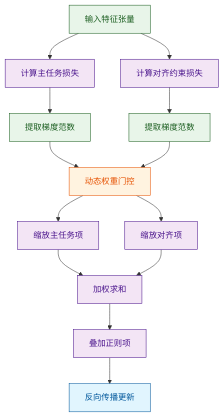
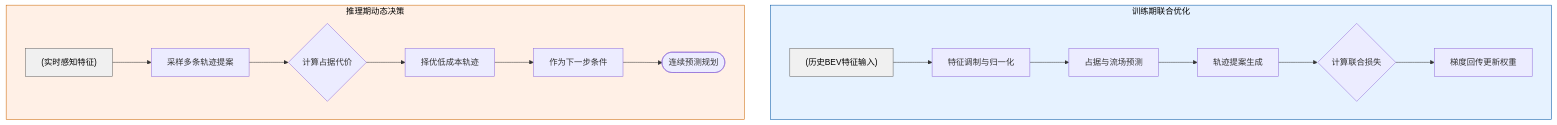
Before and after one commit to ShinewineW/paper-rolling: the fourth of 10 diagrams in person_vault/2026-06-12_DrivingInTheOccupancyWorldVisionCentric4_2408.14197/report.md, drawn with Mermaid. The commit also changed other lines of this file and 51 other files, not shown here.

````diff
--- a/person_vault/2026-06-12_DrivingInTheOccupancyWorldVisionCentric4_2408.14197/report.md
+++ b/person_vault/2026-06-12_DrivingInTheOccupancyWorldVisionCentric4_2408.14197/report.md
@@ -200,20 +241,26 @@
 ```mermaid
-flowchart TD
-    classDef start fill:#e1f5fe,stroke:#01579b,color:#01579b
-    classDef proc fill:#f3e5f5,stroke:#4a148c,color:#4a148c
-    classDef data fill:#e8f5e9,stroke:#1b5e20,color:#1b5e20
-    classDef gate fill:#fff3e0,stroke:#e65100,color:#e65100
+flowchart TB
+    classDef train fill:#e6f2ff,stroke:#0055a4,color:#000;
+    classDef infer fill:#fff0e6,stroke:#cc6600,color:#000;
+    classDef data fill:#f0f0f0,stroke:#666,color:#000;
 
-    input_data["输入特征张量"]:::data --> compute_task["计算主任务损失"]:::proc
-    input_data --> compute_align["计算对齐约束损失"]:::proc
-    compute_task --> grad_norm_task["提取梯度范数"]:::data
-    compute_align --> grad_norm_align["提取梯度范数"]:::data
-    grad_norm_task --> weight_gate["动态权重门控"]:::gate
-    grad_norm_align --> weight_gate
-    weight_gate --> scale_alpha["缩放主任务项"]:::proc
-    weight_gate --> scale_beta["缩放对齐项"]:::proc
-    scale_alpha --> sum_losses["加权求和"]:::proc
-    scale_beta --> sum_losses
-    sum_losses --> add_reg["叠加正则项"]:::proc
-    add_reg --> backprop["反向传播更新"]:::start
+    subgraph Training_Phase ["训练期联合优化"]
+        hist_feat["(历史BEV特征输入)"] --> modulate["特征调制与归一化"]
+        modulate --> occ_pred["占据与流场预测"]
+        occ_pred --> traj_pred["轨迹提案生成"]
+        traj_pred --> calc_loss{计算联合损失}
+        calc_loss --> backprop["梯度回传更新权重"]
+    end
+
+    subgraph Inference_Phase ["推理期动态决策"]
+        live_feat["(实时感知特征)"] --> sample_traj["采样多条轨迹提案"]
+        sample_traj --> occ_cost{计算占据代价}
+        occ_cost --> select_best["择优低成本轨迹"]
+        select_best --> feedback["作为下一步条件"]
+        feedback --> loop_pred(["连续预测规划"])
+    end
+
+    class Training_Phase train
+    class Inference_Phase infer
+    class hist_feat,live_feat data
 ```
````
